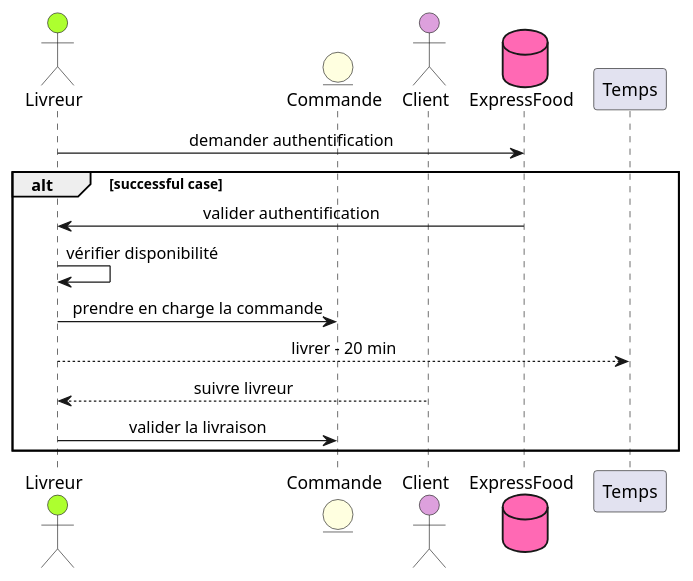
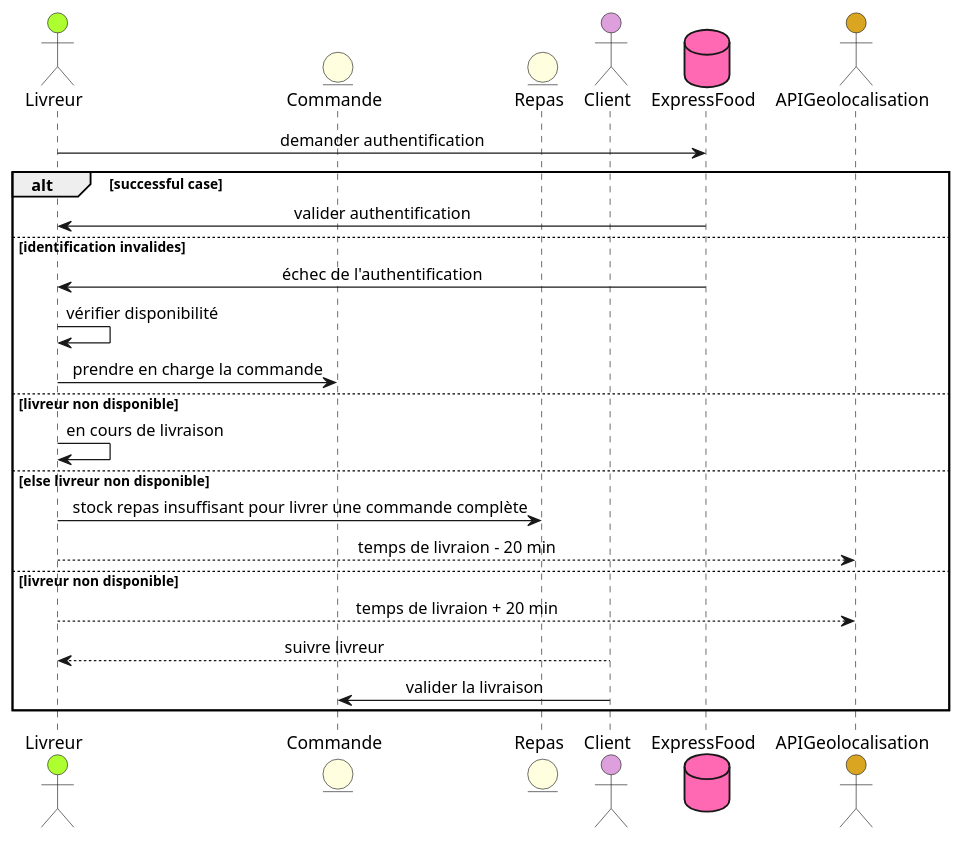
Before and after one commit to laurasullyalexandrine/expressfood: the diagram in Sequence/LivreurSequence.puml, drawn with PlantUML. The commit also changed 11 other files, not shown here.

```diff
--- a/Sequence/LivreurSequence.puml
+++ b/Sequence/LivreurSequence.puml
@@ -1,27 +1,37 @@
 @startuml ClientSequence
 
 skinparam responseMessageBelowArrow true
 skinparam SequenceMessageAlignment center
 
 actor Livreur as Livreur #GreenYellow
 
 entity Commande as Commande #LightYellow
+entity Repas as Repas #LightYellow
 
 actor Client as Client #Plum
 
 database ExpressFood as ExpressFood #HotPink
+actor APIGeolocalisation as APIGeolocalisation #GoldenRod
 
 Livreur -> ExpressFood: demander authentification
 alt successful case
 ExpressFood -> Livreur: valider authentification 
+else identification invalides
+ExpressFood -> Livreur: échec de l'authentification 
 
 Livreur -> Livreur: vérifier disponibilité
 Livreur -> Commande: prendre en charge la commande
+else livreur non disponible
+Livreur -> Livreur: en cours de livraison
+else else livreur non disponible
+Livreur -> Repas: stock repas insuffisant pour livrer une commande complète
 
-Livreur --> Temps:livrer - 20 min
+Livreur --> APIGeolocalisation: temps de livraion - 20 min
+else livreur non disponible 
+Livreur --> APIGeolocalisation: temps de livraion + 20 min
+
 Client --> Livreur: suivre livreur
-
-Livreur -> Commande: valider la livraison
+Client -> Commande: valider la livraison
 
 end
 @enduml
```
